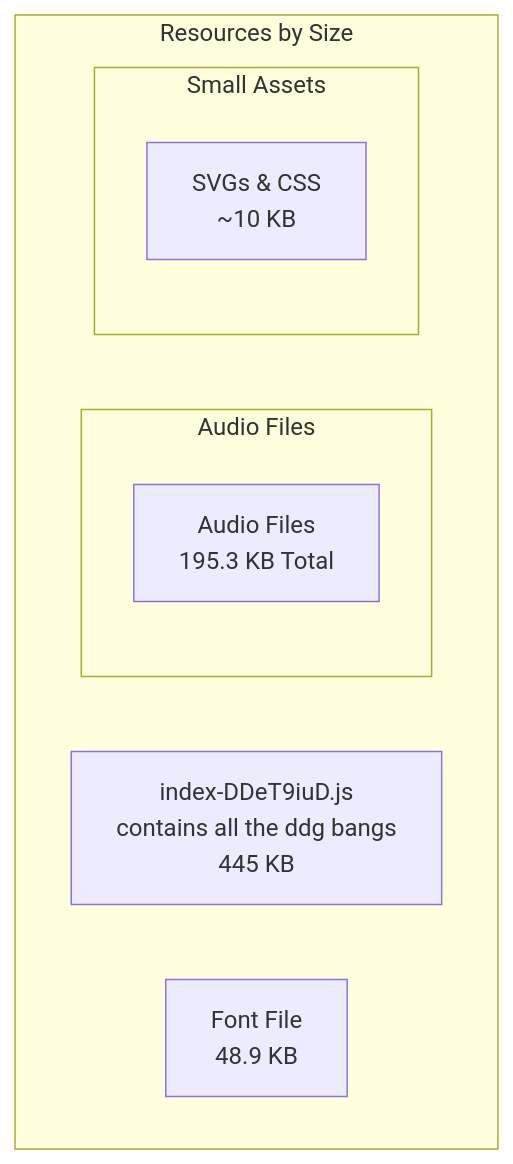
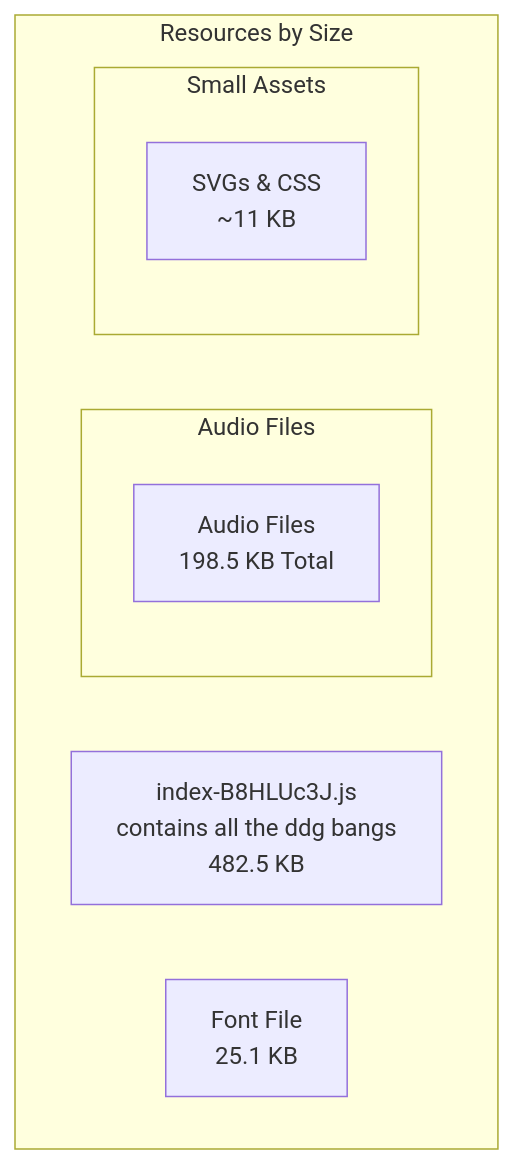
Before and after one commit to taciturnaxolotl/unduckified: the first of 2 diagrams in README.md, drawn with Mermaid. The commit also changed other lines of this file, not shown here.

````diff
--- a/README.md
+++ b/README.md
@@ -49,13 +54,13 @@
 ```mermaid
 graph TD
     subgraph Resources by Size
-        A[index-DDeT9iuD.js<br/>contains all the ddg bangs<br/>445 KB]
-        B[Font File<br/>48.9 KB]
+        A[index-B8HLUc3J.js<br/>contains all the ddg bangs<br/>482.5 KB]
+        B[Font File<br/>25.1 KB]
         subgraph Audio Files
-            C[Audio Files<br/>195.3 KB Total]
+            C[Audio Files<br/>198.5 KB Total]
         end
         subgraph Small Assets
-            D[SVGs & CSS<br/>~10 KB]
+            D[SVGs & CSS<br/>~11 KB]
         end
     end
 ```
````
